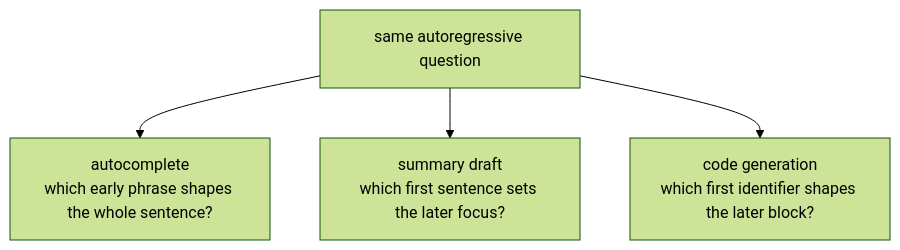
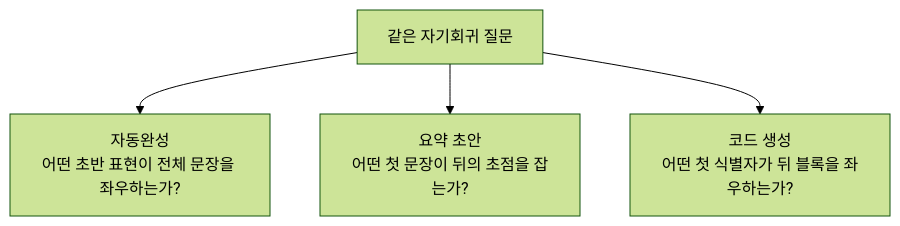
Before and after one commit to devchan64/AiBook: the diagram in docs/assets/part-06/chapter-04/p6-c04-s01-diagram-02-ko.mmd, drawn with Mermaid (forest theme). The commit also changed 139 other files, not shown here.

Commit message:
part6: expand beginner examples and diagram updates

```diff
--- a/docs/assets/part-06/chapter-04/p6-c04-s01-diagram-02-ko.mmd
+++ b/docs/assets/part-06/chapter-04/p6-c04-s01-diagram-02-ko.mmd
@@ -1,9 +1,9 @@
 flowchart TD
-  A["same autoregressive question"]
-  B["autocomplete<br/>which early phrase shapes the whole sentence?"]
-  C["summary draft<br/>which first sentence sets the later focus?"]
-  D["code generation<br/>which first identifier shapes the later block?"]
+  A["같은 자기회귀 질문"]
+  B["자동완성<br/>어떤 초반 표현이 전체 문장을 좌우하는가?"]
+  C["요약 초안<br/>어떤 첫 문장이 뒤의 초점을 잡는가?"]
+  D["코드 생성<br/>어떤 첫 식별자가 뒤 블록을 좌우하는가?"]
 
   A --> B
   A --> C
   A --> D
```
